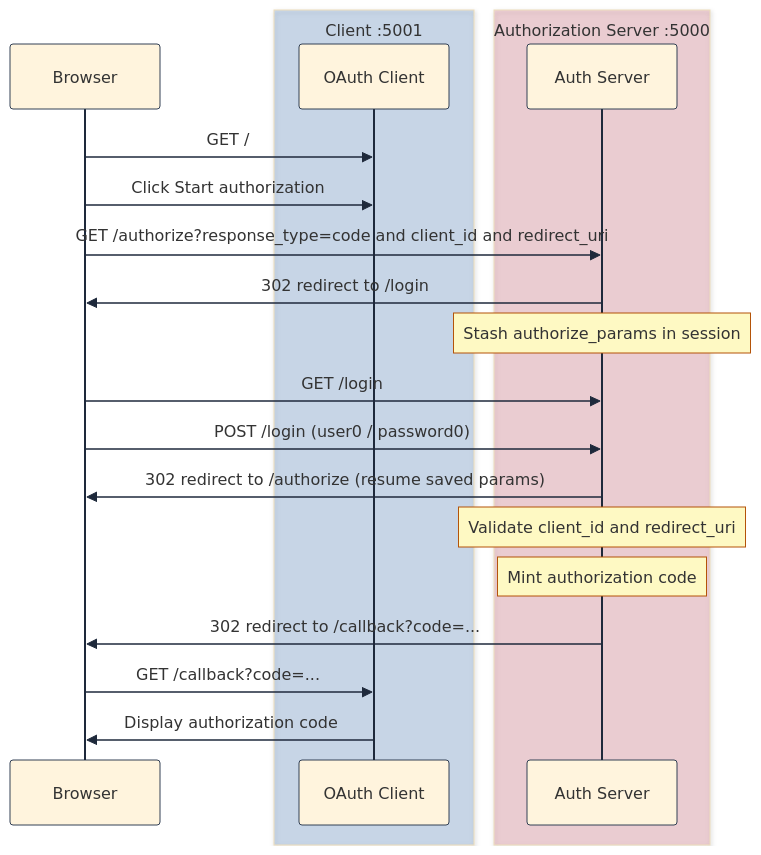
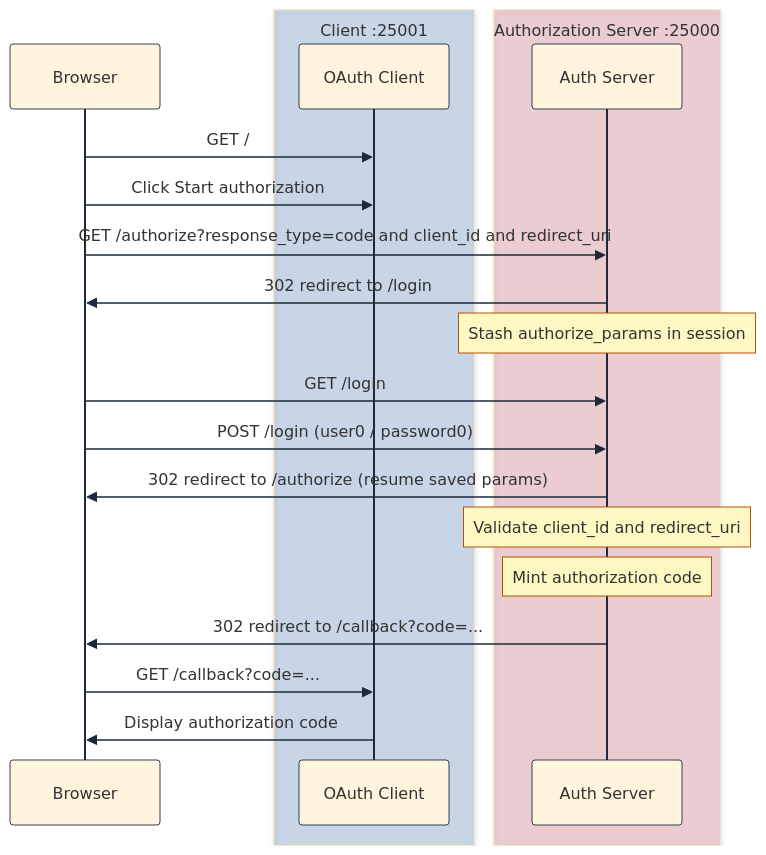
The diagram in content/posts/learning-oauth-2-01/index.md (sauvikbiswas/sauvikbiswas.com), drawn with Mermaid before and after one commit. The commit also changed other lines of this file and 2 other files, not shown here.

````diff
--- a/content/posts/learning-oauth-2-01/index.md
+++ b/content/posts/learning-oauth-2-01/index.md
@@ -45,36 +45,36 @@
 ```mermaid
 %%{init: {'theme': 'base', 'themeVariables': {
   'actorLineColor': '#1e293b',
   'actorBorder': '#334155',
   'signalColor': '#1e293b',
   'lineColor': '#1e293b',
   'noteBorderColor': '#b45309',
   'noteBkgColor': '#fef9c3'
 }}}%%
 sequenceDiagram
     participant Browser as Browser
 
-    box rgba(5,80,174,0.18) Client :5001
+    box rgba(5,80,174,0.18) Client :25001
         participant ClientApp as OAuth Client
     end
 
-    box rgba(196,30,58,0.18) Authorization Server :5000
+    box rgba(196,30,58,0.18) Authorization Server :25000
         participant AuthServer as Auth Server
     end
 
     Browser->>ClientApp: GET /
     Browser->>ClientApp: Click Start authorization
     Browser->>AuthServer: GET /authorize?response_type=code and client_id and redirect_uri
 
     AuthServer->>Browser: 302 redirect to /login
     Note over AuthServer: Stash authorize_params in session
     Browser->>AuthServer: GET /login
     Browser->>AuthServer: POST /login (user0 / password0)
     AuthServer->>Browser: 302 redirect to /authorize (resume saved params)
 
     Note over AuthServer: Validate client_id and redirect_uri
     Note over AuthServer: Mint authorization code
     AuthServer->>Browser: 302 redirect to /callback?code=...
     Browser->>ClientApp: GET /callback?code=...
     ClientApp->>Browser: Display authorization code
 ```
````
